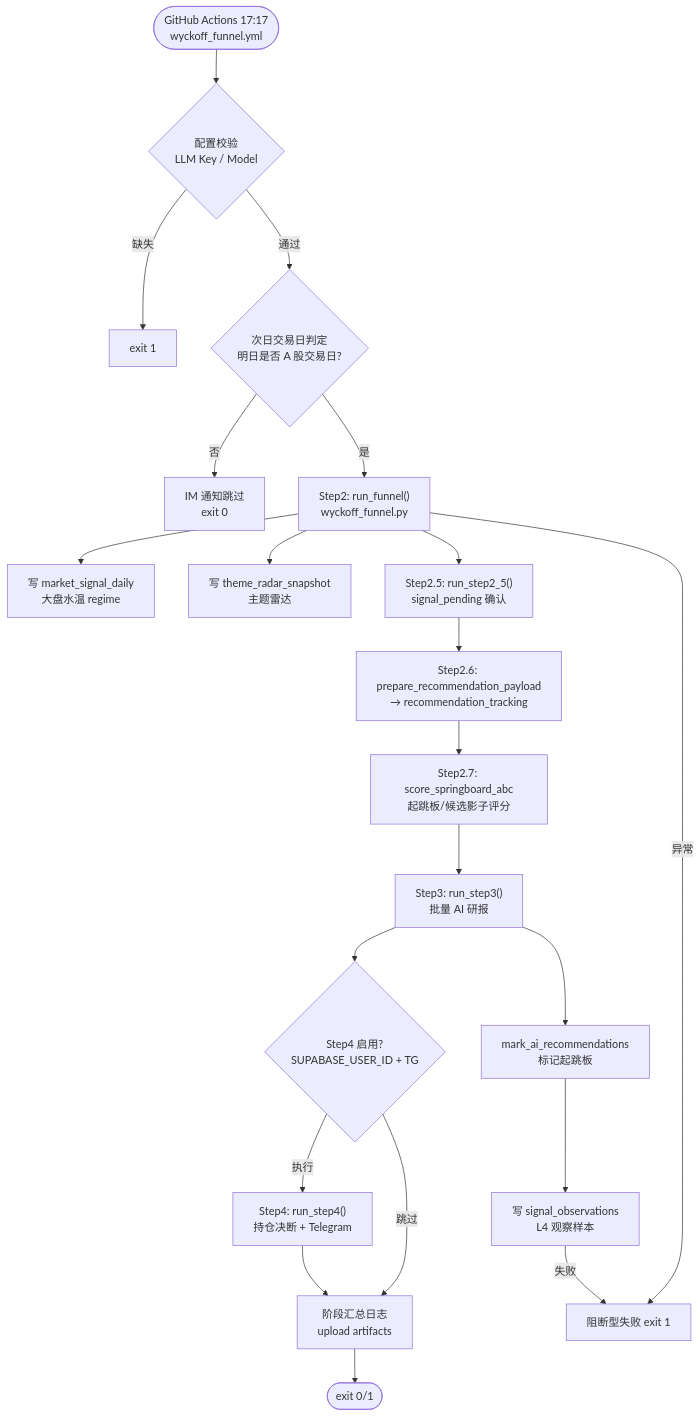
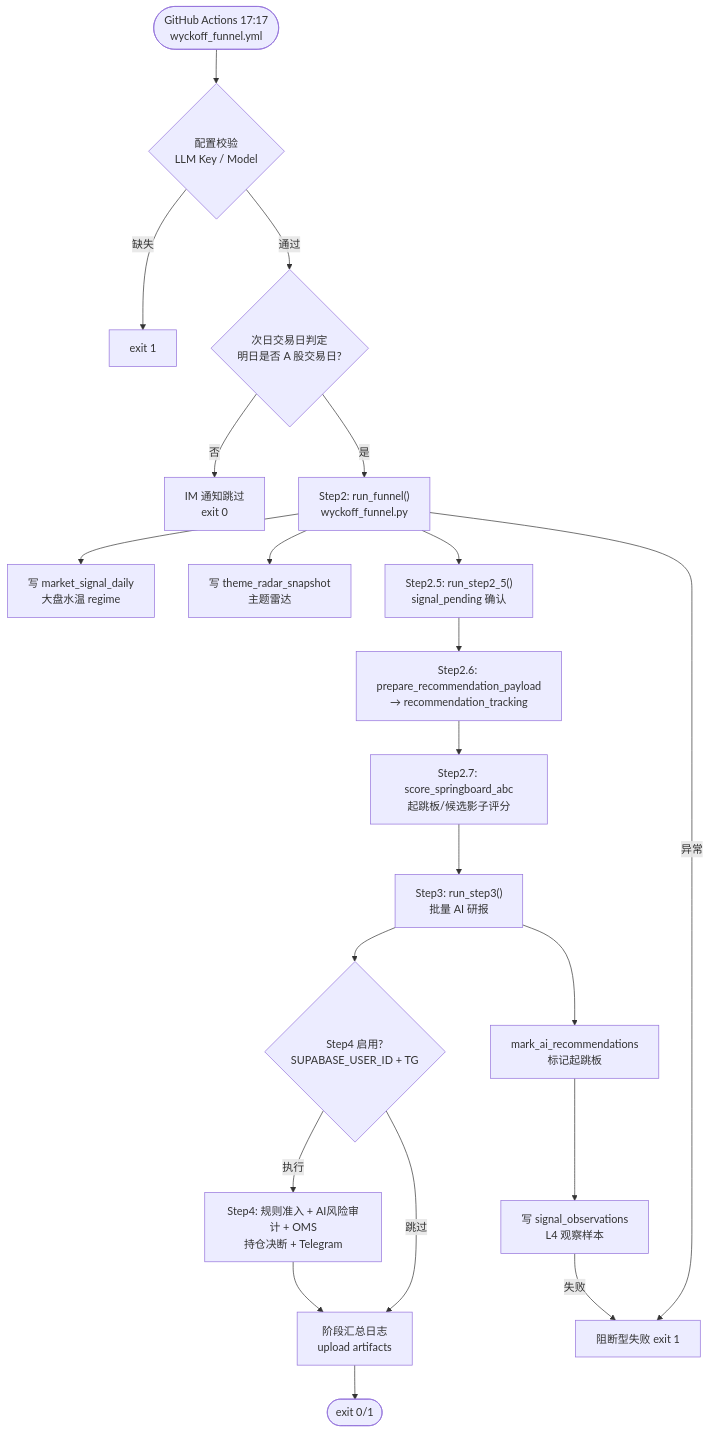
One commit to niyoh120/Wyckoff-Analysis changed the second of 7 diagrams in docs/A_SHARE_FUNNEL_FLOW.md. Above: the diagram before and after it, drawn with Mermaid. The commit also changed other lines of this file and 81 other files, not shown here.

````diff
--- a/docs/A_SHARE_FUNNEL_FLOW.md
+++ b/docs/A_SHARE_FUNNEL_FLOW.md
@@ -72,29 +72,29 @@
 ```mermaid
 flowchart TD
     START(["GitHub Actions 17:17<br/>wyckoff_funnel.yml"]) --> CHECK1{"配置校验<br/>LLM Key / Model"}
     CHECK1 -->|缺失| FAIL1["exit 1"]
     CHECK1 -->|通过| CHECK2{"次日交易日判定<br/>明日是否 A 股交易日?"}
     CHECK2 -->|否| SKIP["IM 通知跳过<br/>exit 0"]
     CHECK2 -->|是| STEP2
 
     STEP2["Step2: run_funnel()<br/>wyckoff_funnel.py"] --> P1["写 market_signal_daily<br/>大盘水温 regime"]
     STEP2 --> P2["写 theme_radar_snapshot<br/>主题雷达"]
     STEP2 --> S25
 
     S25["Step2.5: run_step2_5()<br/>signal_pending 确认"] --> S26
     S26["Step2.6: prepare_recommendation_payload<br/>→ recommendation_tracking"] --> S27
     S27["Step2.7: score_springboard_abc<br/>起跳板/候选影子评分"] --> S3
 
     S3["Step3: run_step3()<br/>批量 AI 研报"] --> MARK["mark_ai_recommendations<br/>标记起跳板"]
     MARK --> OBS["写 signal_observations<br/>L4 观察样本"]
 
     S3 --> S4CHK{"Step4 启用?<br/>SUPABASE_USER_ID + TG"}
     S4CHK -->|跳过| SUM
     S4CHK -->|执行| S4
 
-    S4["Step4: run_step4()<br/>持仓决断 + Telegram"] --> SUM
+    S4["Step4: 规则准入 + AI风险审计 + OMS<br/>持仓决断 + Telegram"] --> SUM
     SUM["阶段汇总日志<br/>upload artifacts"] --> END(["exit 0/1"])
 
     STEP2 -->|异常| BLOCK["阻断型失败 exit 1"]
     OBS -->|失败| BLOCK
 ```
````
